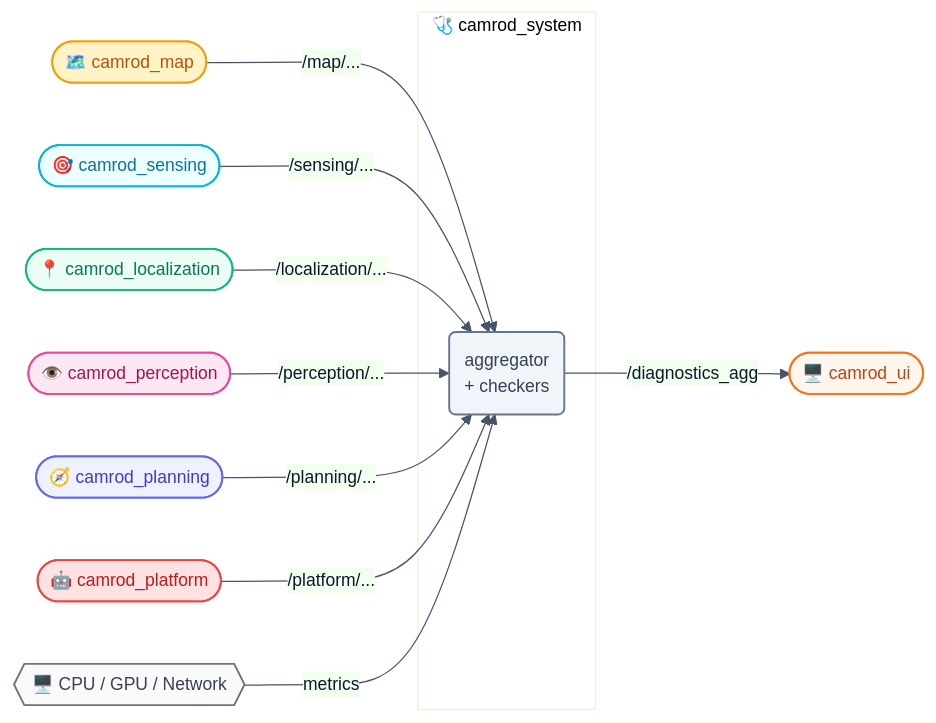
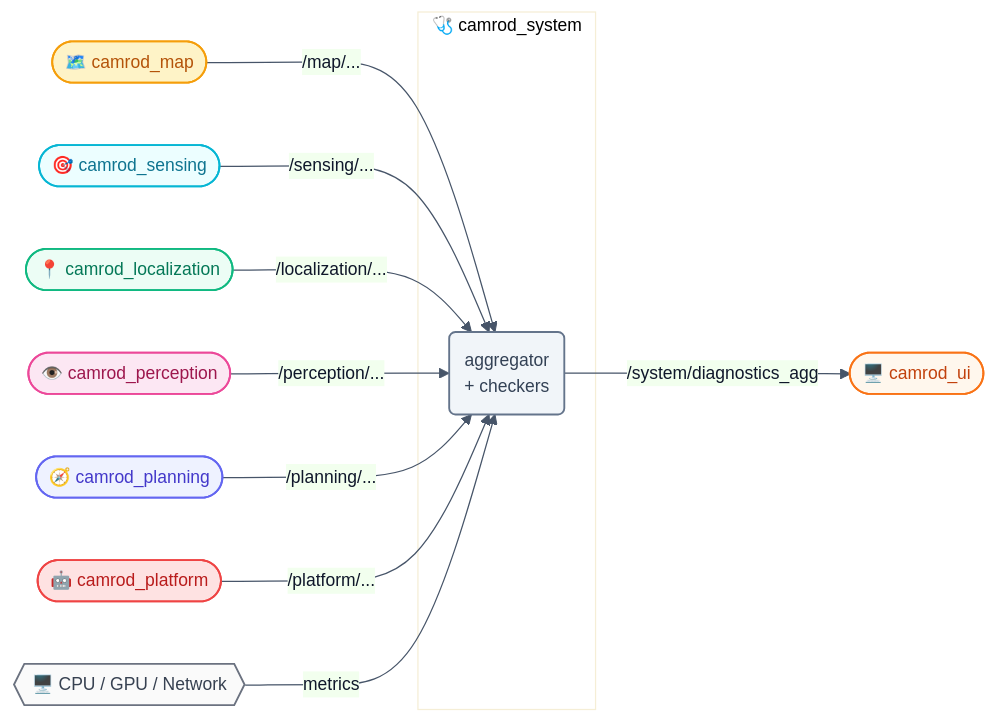
One commit to hwanhonglee/CAMROD changed the first of 4 diagrams in camrod_system/README.md. Above: the diagram before and after it, drawn with Mermaid. The commit also changed other lines of this file and 184 other files, not shown here.

````diff
--- a/camrod_system/README.md
+++ b/camrod_system/README.md
@@ -42,27 +45,27 @@
 ```mermaid
 %%{init: {'theme': 'base', 'themeVariables': {'fontFamily': 'ui-sans-serif, system-ui, sans-serif', 'fontSize': '14px', 'primaryColor': '#EEF2FF', 'primaryTextColor': '#0F172A', 'primaryBorderColor': '#6366F1', 'lineColor': '#475569'}, 'flowchart': {'curve': 'basis', 'htmlLabels': true, 'padding': 12}}}%%
 graph LR
   MAP([🗺️ camrod_map]):::mapping      -->|/map/...| SYS
   SENS([🎯 camrod_sensing]):::sensing  -->|/sensing/...| SYS
   LOC([📍 camrod_localization]):::localization -->|/localization/...| SYS
   PER([👁️ camrod_perception]):::perception -->|/perception/...| SYS
   PLAN([🧭 camrod_planning]):::planning -->|/planning/...| SYS
   PLAT([🤖 camrod_platform]):::platform -->|/platform/...| SYS
   HW{{🖥️ CPU / GPU / Network}}:::hardware -->|metrics| SYS
 
   subgraph SYS_BOX["🩺 camrod_system"]
     SYS(aggregator\n+ checkers):::system
   end
 
-  SYS -->|/diagnostics_agg| UI([🖥️ camrod_ui]):::ui
+  SYS -->|/system/diagnostics_agg| UI([🖥️ camrod_ui]):::ui
 
   classDef sensing      fill:#ECFEFF,stroke:#06B6D4,stroke-width:1.5px,color:#0E7490;
   classDef localization fill:#ECFDF5,stroke:#10B981,stroke-width:1.5px,color:#047857;
   classDef mapping      fill:#FEF3C7,stroke:#F59E0B,stroke-width:1.5px,color:#B45309;
   classDef perception   fill:#FCE7F3,stroke:#EC4899,stroke-width:1.5px,color:#9D174D;
   classDef planning     fill:#EEF2FF,stroke:#6366F1,stroke-width:1.5px,color:#4338CA;
   classDef platform     fill:#FEE2E2,stroke:#EF4444,stroke-width:1.5px,color:#B91C1C;
   classDef system       fill:#F1F5F9,stroke:#64748B,stroke-width:1.5px,color:#334155;
   classDef ui           fill:#FFF7ED,stroke:#F97316,stroke-width:1.5px,color:#C2410C;
   classDef hardware     fill:#FAFAFA,stroke:#6B7280,stroke-width:1.5px,color:#374151;
 ```
````
